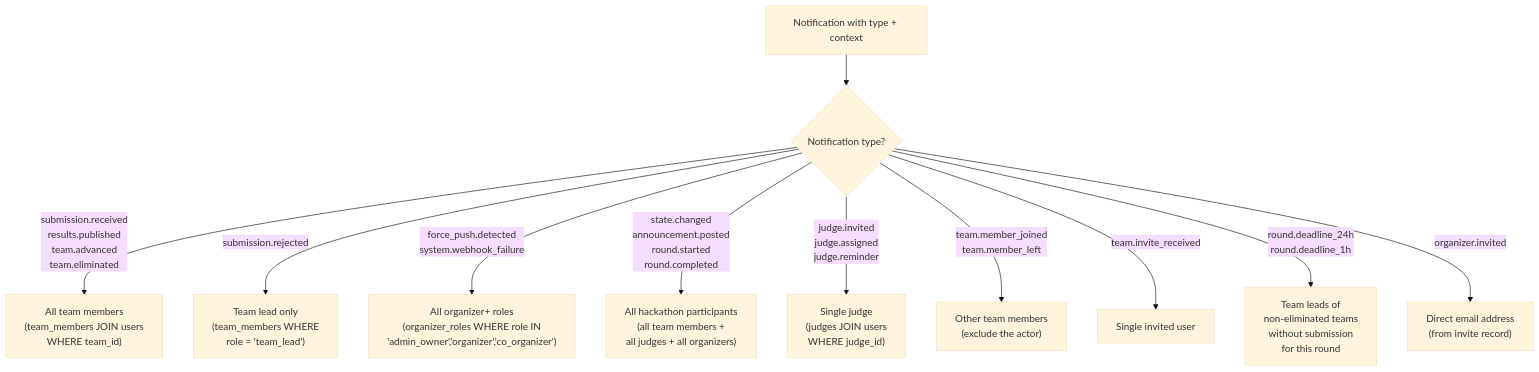
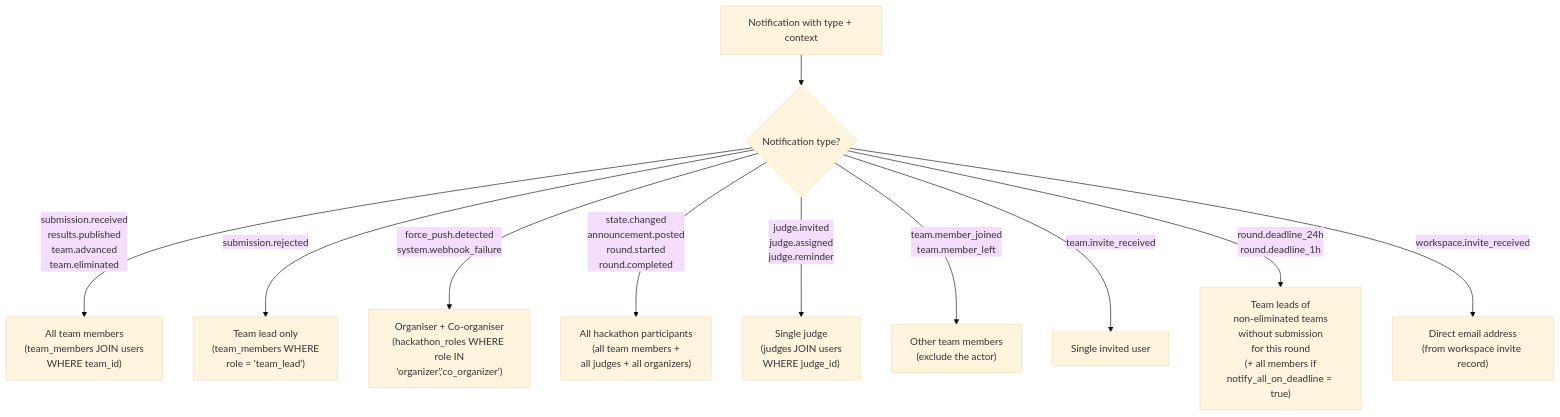
Before and after one commit to devangshupandey2025-stack/DevSage: the third of 8 diagrams in docs/v3/planned/notifications.md, drawn with Mermaid (base theme). The commit also changed other lines of this file and 1 other file, not shown here.

````diff
--- a/docs/v3/planned/notifications.md
+++ b/docs/v3/planned/notifications.md
@@ -195,22 +195,22 @@
 ```mermaid
 flowchart TD
     A["Notification with type + context"] --> B{"Notification type?"}
 
     B -->|"submission.received<br/>results.published<br/>team.advanced<br/>team.eliminated"| C["All team members<br/>(team_members JOIN users<br/>WHERE team_id)"]
 
     B -->|"submission.rejected"| D["Team lead only<br/>(team_members WHERE<br/>role = 'team_lead')"]
 
-    B -->|"force_push.detected<br/>system.webhook_failure"| E["All organizer+ roles<br/>(organizer_roles WHERE role IN<br/>'admin_owner','organizer','co_organizer')"]
+    B -->|"force_push.detected<br/>system.webhook_failure"| E["Organiser + Co-organiser<br/>(hackathon_roles WHERE role IN<br/>'organizer','co_organizer')"]
 
     B -->|"state.changed<br/>announcement.posted<br/>round.started<br/>round.completed"| F["All hackathon participants<br/>(all team members +<br/>all judges + all organizers)"]
 
     B -->|"judge.invited<br/>judge.assigned<br/>judge.reminder"| G["Single judge<br/>(judges JOIN users<br/>WHERE judge_id)"]
 
     B -->|"team.member_joined<br/>team.member_left"| H["Other team members<br/>(exclude the actor)"]
 
     B -->|"team.invite_received"| I["Single invited user"]
 
-    B -->|"round.deadline_24h<br/>round.deadline_1h"| J["Team leads of<br/>non-eliminated teams<br/>without submission<br/>for this round"]
+    B -->|"round.deadline_24h<br/>round.deadline_1h"| J["Team leads of<br/>non-eliminated teams<br/>without submission<br/>for this round<br/>(+ all members if<br/>notify_all_on_deadline = true)"]
 
-    B -->|"organizer.invited"| K["Direct email address<br/>(from invite record)"]
+    B -->|"workspace.invite_received"| K["Direct email address<br/>(from workspace invite record)"]
 ```
````
